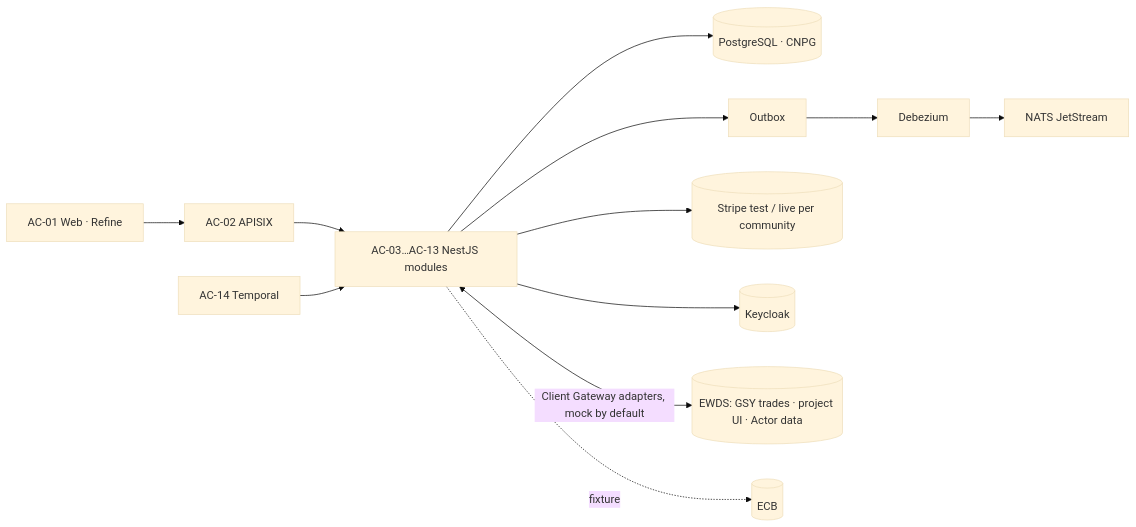
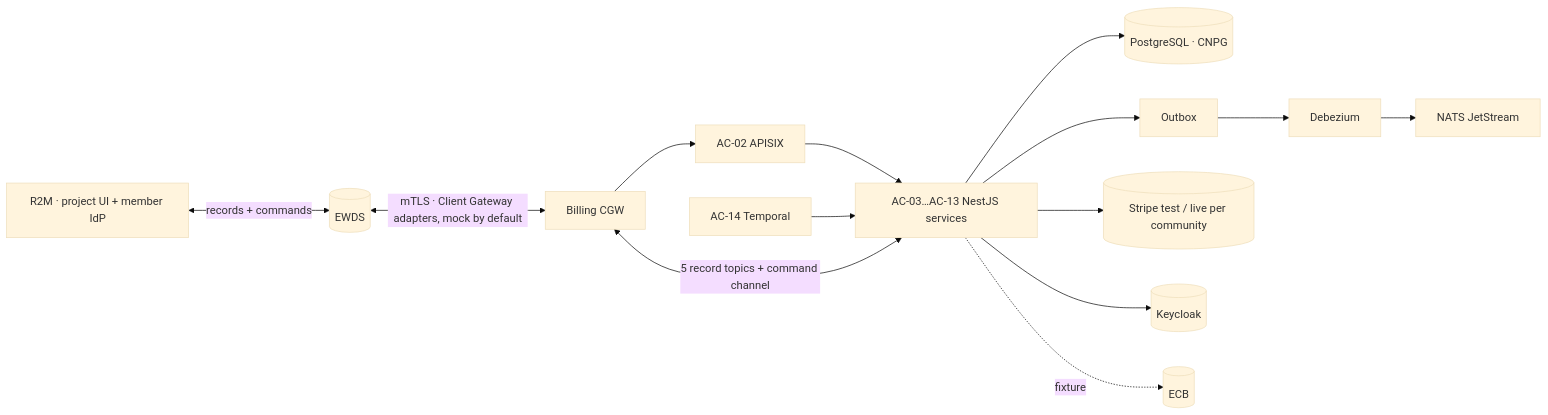
Before and after one commit to blooo-io/intelligent-eu-bps-source: the diagram in README.md, drawn with Mermaid (base theme). The commit also changed other lines of this file and 61 other files, not shown here.

````diff
--- a/README.md
+++ b/README.md
@@ -63,13 +63,15 @@
 ```mermaid
 %% elk %%
 flowchart LR
-  WEB[AC-01 Web · Refine] --> GW[AC-02 APISIX]
-  GW --> MOD[AC-03…AC-13 NestJS modules]
+  R2M[R2M · project UI + member IdP] <-->|records + commands| EWDS[(EWDS)]
+  EWDS <-->|mTLS · Client Gateway adapters, mock by default| CGW[Billing CGW]
+  CGW --> GW[AC-02 APISIX]
+  GW --> MOD[AC-03…AC-13 NestJS services]
   MOD --> PG[(PostgreSQL · CNPG)]
   MOD --> OUT[Outbox] --> DBZ[Debezium] --> NATS[NATS JetStream]
   SCH[AC-14 Temporal] --> MOD
   MOD --> STRIPE[(Stripe test / live per community)]
   MOD --> KC[(Keycloak)]
-  MOD <-->|Client Gateway adapters, mock by default| EXT[(EWDS: GSY trades · project UI · Actor data)]
+  MOD <-->|5 record topics + command channel| CGW
   MOD -.->|fixture| ECB[(ECB)]
 ```
````
